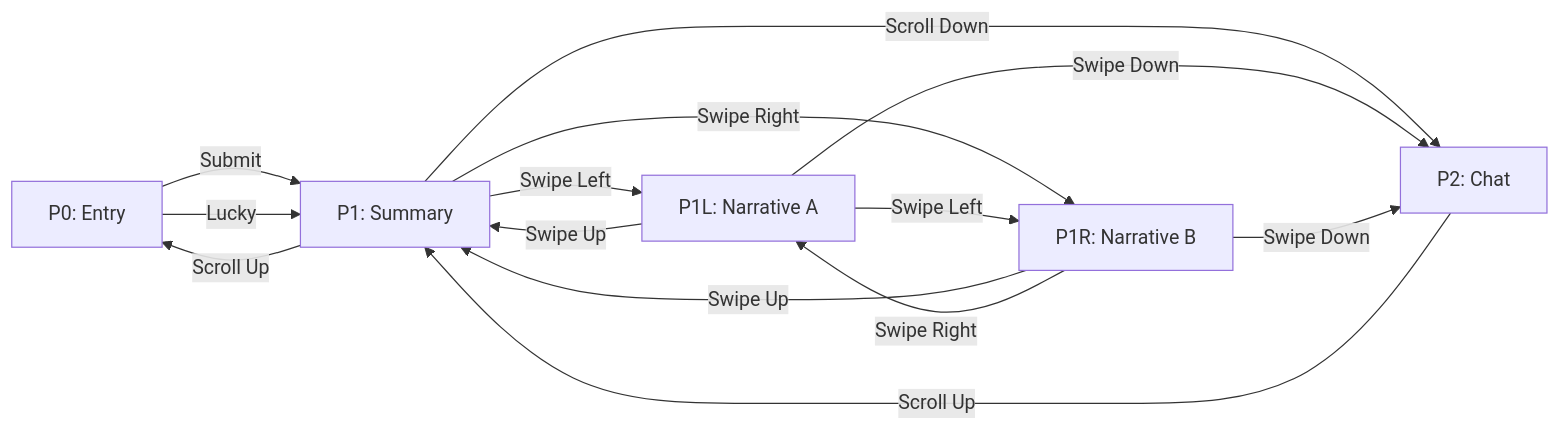
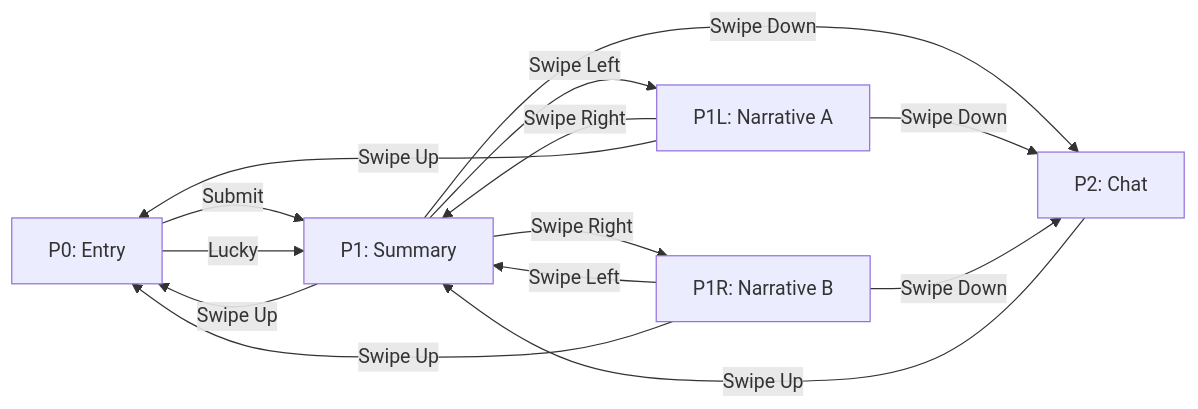
The diagram in docs/design/walkthrough.md (zhuygln/narrativeLab), drawn with Mermaid before and after one commit. The commit also changed other lines of this file and 3 other files, not shown here.

````diff
--- a/docs/design/walkthrough.md
+++ b/docs/design/walkthrough.md
@@ -8,16 +8,16 @@
 ```mermaid
 graph LR
     P0["P0: Entry"] -->|Submit| P1["P1: Summary"]
     P0 -->|Lucky| P1
     P1 -->|Swipe Left| P1L["P1L: Narrative A"]
     P1 -->|Swipe Right| P1R["P1R: Narrative B"]
-    P1 -->|Scroll Down| P2["P2: Chat"]
-    P2 -->|Scroll Up| P1
-    P1 -->|Scroll Up| P0
-    P1L -->|Swipe Up| P1
-    P1L -->|Swipe Left| P1R
+    P1 -->|Swipe Down| P2["P2: Chat"]
+    P1 -->|Swipe Up| P0
+    P1L -->|Swipe Right| P1
+    P1L -->|Swipe Up| P0
     P1L -->|Swipe Down| P2
-    P1R -->|Swipe Up| P1
-    P1R -->|Swipe Right| P1L
+    P1R -->|Swipe Left| P1
+    P1R -->|Swipe Up| P0
     P1R -->|Swipe Down| P2
+    P2 -->|Swipe Up| P1
 ```
````
